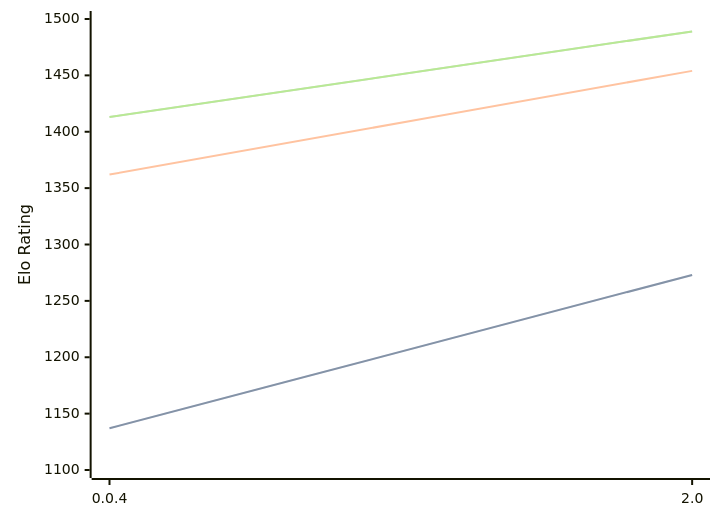
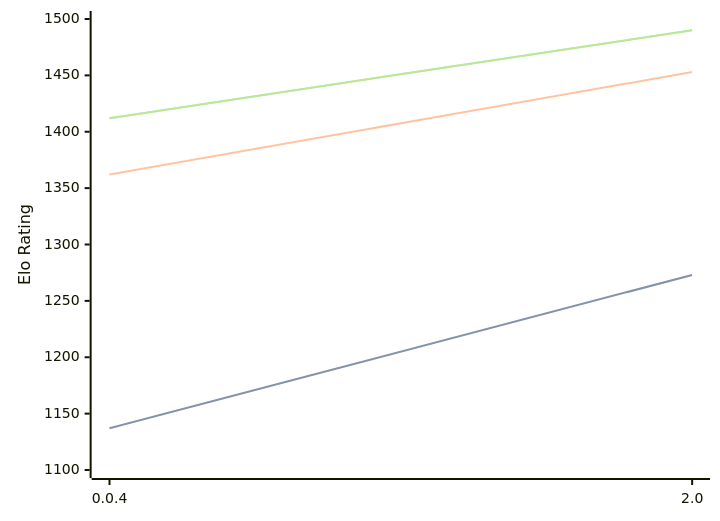
The diagram in engines/Oops!Mate.md (computer-chess-index/cci), drawn with Mermaid before and after one commit. The commit also changed other lines of this file, not shown here.

Commit message:
Update CCI Ratings (ELO VLTC) - 2026-09-15

````diff
--- a/engines/Oops!Mate.md
+++ b/engines/Oops!Mate.md
@@ -33,11 +33,11 @@
 ```mermaid
 %%{init: {"theme":"base","themeVariables":{"seriesColors:['#a3a3a3','#222221','#faa371']}}}%%
 xychart-beta
   x-axis ["0.0.4", "2.0"]
   y-axis "Elo Rating" 1100 --> 1500
   line "" [1137, 1273]
   line "STC (8.0+0.08s)" [1137, 1273]
-  line "LTC (60.0+0.60s)" [1362, 1454]
-  line "" [1413, 1489]
-  line "VLTC (2m24s+1.12s)" [1413, 1489]
+  line "LTC (60.0+0.60s)" [1362, 1453]
+  line "" [1412, 1490]
+  line "VLTC (2m24s+1.12s)" [1412, 1490]
 ```
````
